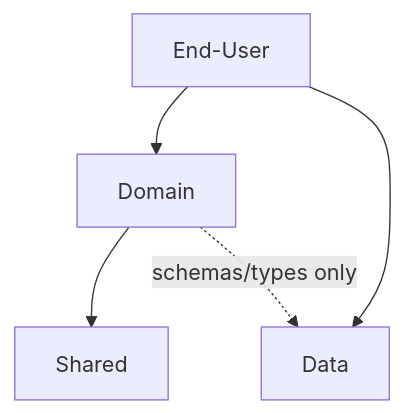
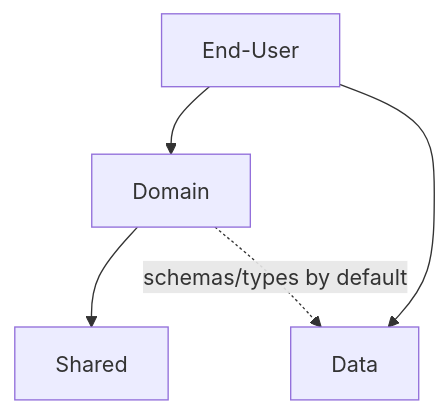
The diagram in skills/frontend-layered-architecture/SKILL.md (choegyumin/agent-skills), drawn with Mermaid before and after one commit. The commit also changed other lines of this file and 3 other files, not shown here.

First line of the commit message:
Scope Domain → Data Execution defaults

````diff
--- a/skills/frontend-layered-architecture/SKILL.md
+++ b/skills/frontend-layered-architecture/SKILL.md
@@ -22,7 +22,7 @@
 ```mermaid
 flowchart TB
   End-User --> Domain
   Domain --> Shared
   End-User --> Data
-  Domain -. schemas/types only .-> Data
+  Domain -. schemas/types by default .-> Data
 ```
````
